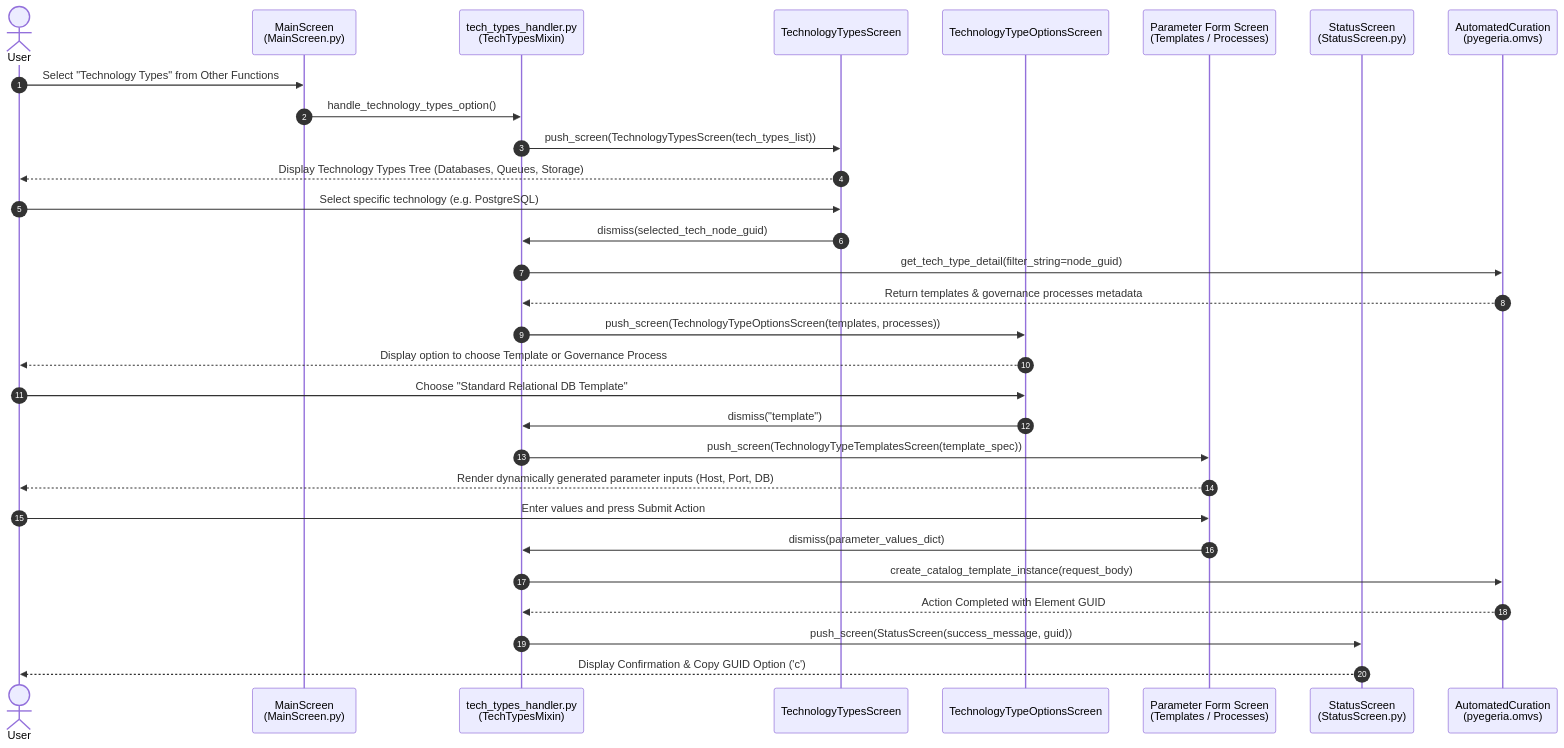
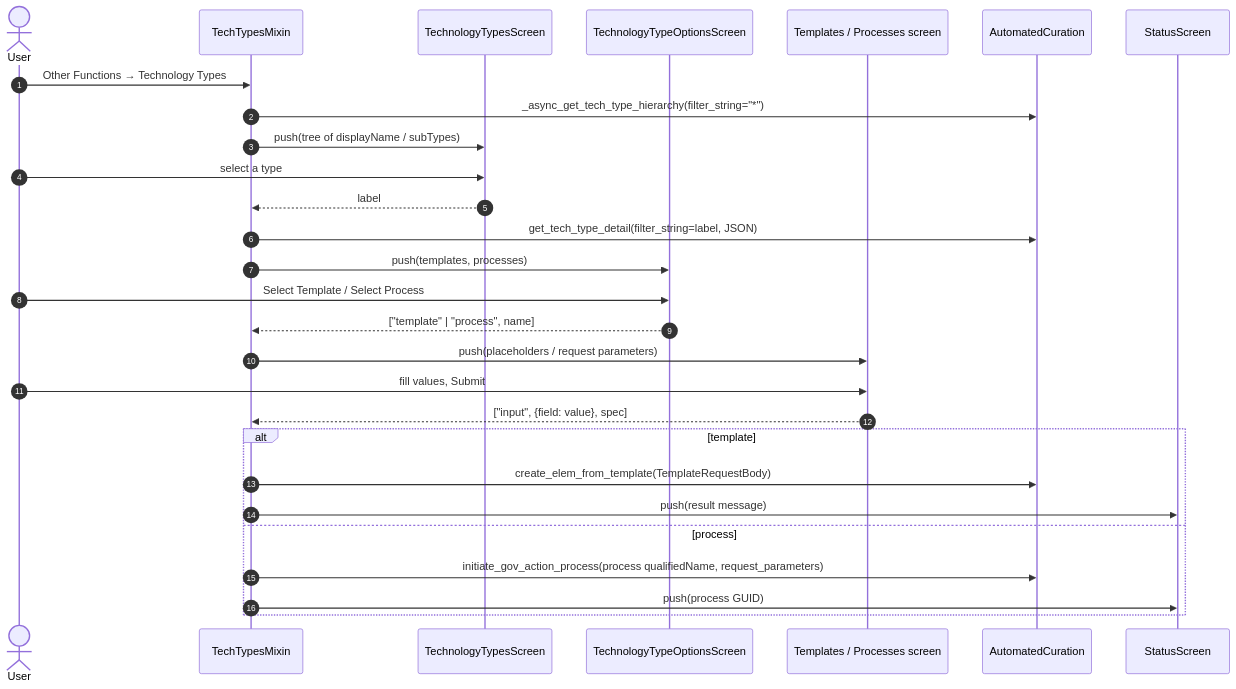
One commit to odpi/egeria-python changed the seventh of 7 diagrams in docs/My-Egeria-Doc.md. Above: the diagram before and after it, drawn with Mermaid. The commit also changed other lines of this file and 36 other files, not shown here.

````diff
--- a/docs/My-Egeria-Doc.md
+++ b/docs/My-Egeria-Doc.md
@@ -793,33 +423,31 @@
 ```mermaid
 sequenceDiagram
     autonumber
     actor User
-    participant Main as MainScreen<br/>(MainScreen.py)
-    participant Handler as tech_types_handler.py<br/>(TechTypesMixin)
+    participant App as TechTypesMixin
     participant TTS as TechnologyTypesScreen
     participant TTOS as TechnologyTypeOptionsScreen
-    participant Form as Parameter Form Screen<br/>(Templates / Processes)
-    participant Status as StatusScreen<br/>(StatusScreen.py)
-    participant AC as AutomatedCuration<br/>(pyegeria.omvs)
+    participant Form as Templates / Processes screen
+    participant AC as AutomatedCuration
+    participant Status as StatusScreen
 
-    User->>Main: Select "Technology Types" from Other Functions
-    Main->>Handler: handle_technology_types_option()
-    Handler->>TTS: push_screen(TechnologyTypesScreen(tech_types_list))
-    TTS-->>User: Display Technology Types Tree (Databases, Queues, Storage)
-    User->>TTS: Select specific technology (e.g. PostgreSQL)
-    TTS->>Handler: dismiss(selected_tech_node_guid)
-    Handler->>AC: get_tech_type_detail(filter_string=node_guid)
-    AC-->>Handler: Return templates & governance processes metadata
-    Handler->>TTOS: push_screen(TechnologyTypeOptionsScreen(templates, processes))
-    TTOS-->>User: Display option to choose Template or Governance Process
-    User->>TTOS: Choose "Standard Relational DB Template"
-    TTOS->>Handler: dismiss("template")
-    Handler->>Form: push_screen(TechnologyTypeTemplatesScreen(template_spec))
-    Form-->>User: Render dynamically generated parameter inputs (Host, Port, DB)
-    User->>Form: Enter values and press Submit Action
-    Form->>Handler: dismiss(parameter_values_dict)
-    Handler->>AC: create_catalog_template_instance(request_body)
-    AC-->>Handler: Action Completed with Element GUID
-    Handler->>Status: push_screen(StatusScreen(success_message, guid))
-    Status-->>User: Display Confirmation & Copy GUID Option ('c')
+    User->>App: Other Functions → Technology Types
+    App->>AC: _async_get_tech_type_hierarchy(filter_string="*")
+    App->>TTS: push(tree of displayName / subTypes)
+    User->>TTS: select a type
+    TTS-->>App: label
+    App->>AC: get_tech_type_detail(filter_string=label, JSON)
+    App->>TTOS: push(templates, processes)
+    User->>TTOS: Select Template / Select Process
+    TTOS-->>App: ["template" | "process", name]
+    App->>Form: push(placeholders / request parameters)
+    User->>Form: fill values, Submit
+    Form-->>App: ["input", {field: value}, spec]
+    alt template
+        App->>AC: create_elem_from_template(TemplateRequestBody)
+        App->>Status: push(result message)
+    else process
+        App->>AC: initiate_gov_action_process(process qualifiedName, request_parameters)
+        App->>Status: push(process GUID)
+    end
 ```
````
